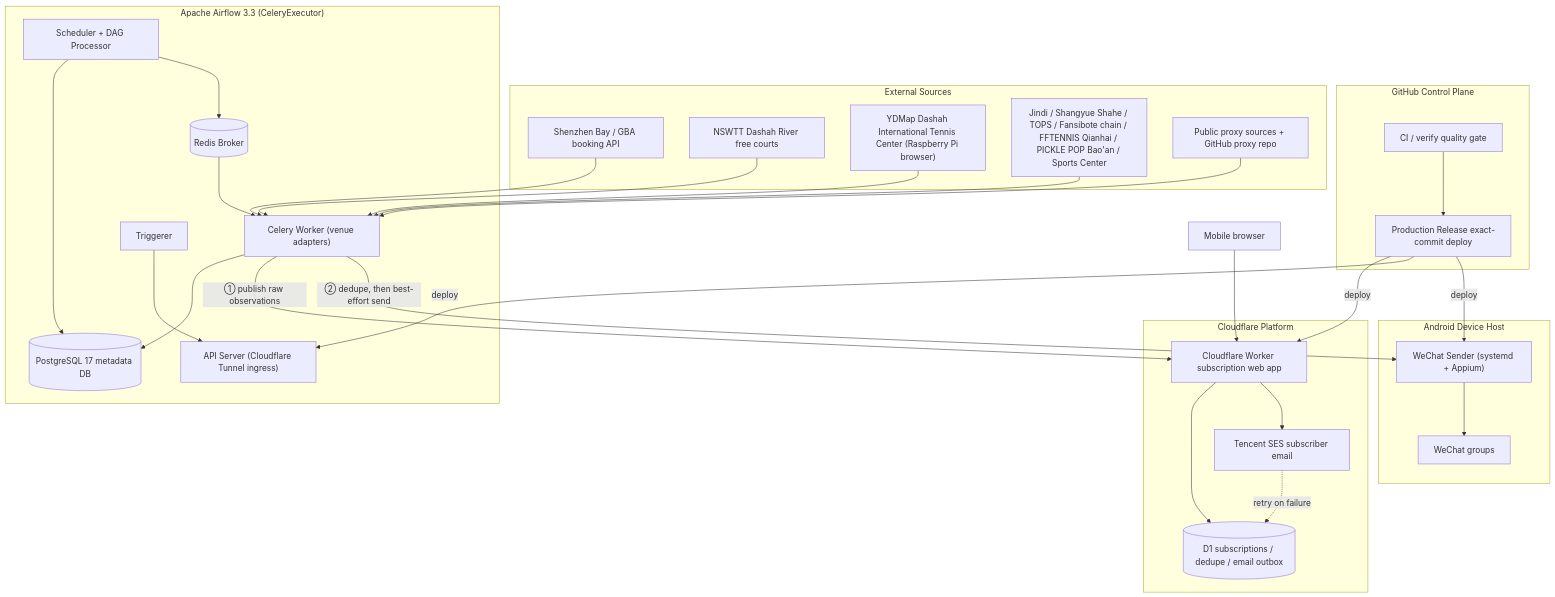
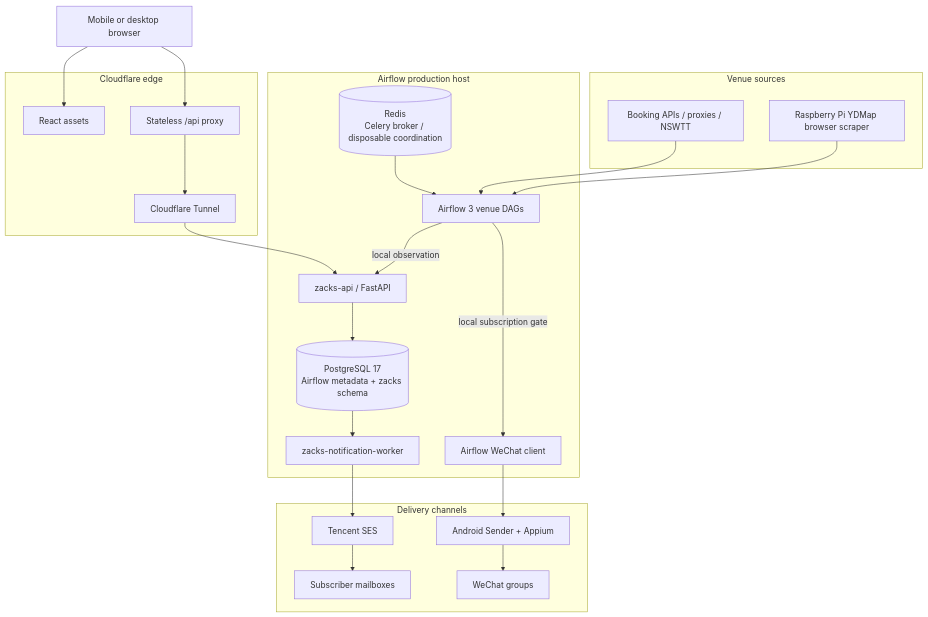
Before and after one commit to claude89757/wechat-on-airflow: the diagram in README.en.md, drawn with Mermaid. The commit also changed other lines of this file, not shown here.

Commit message:
docs(host-core): update the English architecture overview

````diff
--- a/README.en.md
+++ b/README.en.md
@@ -24,60 +26,41 @@
 ```mermaid
 flowchart TB
-    subgraph control["GitHub Control Plane"]
-        CI["CI / verify quality gate"]
-        Release["Production Release exact-commit deploy"]
-        CI --> Release
+    subgraph Sources["Venue sources"]
+        VenueAPI["Booking APIs / proxies / NSWTT"]
+        Pi["Raspberry Pi YDMap browser scraper"]
     end
 
-    subgraph sources["External Sources"]
-        SZ["Shenzhen Bay / GBA booking API"]
-        NSWTT["NSWTT Dashah River free courts"]
-        YDMAP["YDMap Dashah International Tennis Center (Raspberry Pi browser)"]
-        VENUES["Jindi / Shangyue Shahe / TOPS / Fansibote chain / FFTENNIS Qianhai / PICKLE POP Bao'an / Sports Center"]
-        PROXY["Public proxy sources + GitHub proxy repo"]
+    subgraph Host["Airflow production host"]
+        Airflow["Airflow 3 venue DAGs"]
+        API["zacks-api / FastAPI"]
+        Worker["zacks-notification-worker"]
+        PG[("PostgreSQL 17\nAirflow metadata + zacks schema")]
+        Redis[("Redis\nCelery broker / disposable coordination")]
+        WeChatClient["Airflow WeChat client"]
     end
 
-    subgraph airflow["Apache Airflow 3.3 (CeleryExecutor)"]
-        Scheduler["Scheduler + DAG Processor"]
-        Worker["Celery Worker (venue adapters)"]
-        Triggerer["Triggerer"]
-        DB[("PostgreSQL 17 metadata DB")]
-        Redis[("Redis Broker")]
-        ApiSrv["API Server (Cloudflare Tunnel ingress)"]
-        Scheduler --> DB
-        Scheduler --> Redis
-        Redis --> Worker
-        Worker --> DB
-        Triggerer --> ApiSrv
+    subgraph Edge["Cloudflare edge"]
+        Static["React assets"]
+        Proxy["Stateless /api proxy"]
+        Tunnel["Cloudflare Tunnel"]
     end
 
-    subgraph cf["Cloudflare Platform"]
-        WebApp["Cloudflare Worker subscription web app"]
-        D1[("D1 subscriptions / dedupe / email outbox")]
-        SES["Tencent SES subscriber email"]
-        WebApp --> D1
-        WebApp --> SES
-        SES -. retry on failure .-> D1
+    subgraph Delivery["Delivery channels"]
+        SES["Tencent SES"]
+        Android["Android Sender + Appium"]
+        Mail["Subscriber mailboxes"]
+        Group["WeChat groups"]
     end
 
-    subgraph android["Android Device Host"]
-        Sender["WeChat Sender (systemd + Appium)"]
-        Chat["WeChat groups"]
-        Sender --> Chat
-    end
+    VenueAPI --> Airflow
+    Pi --> Airflow
+    Redis --> Airflow
+    Airflow -->|"local observation"| API
+    API --> PG
+    PG --> Worker
+    Worker --> SES --> Mail
+    Airflow -->|"local subscription gate"| WeChatClient --> Android --> Group
 
-    Browser["Mobile browser"] --> WebApp
-
-    SZ --> Worker
-    NSWTT --> Worker
-    YDMAP --> Worker
-    VENUES --> Worker
-    PROXY --> Worker
-
-    Worker -->|"① publish raw observations"| WebApp
-    Worker -->|"② dedupe, then best-effort send"| Sender
-
-    Release -->|"deploy"| WebApp
-    Release -->|"deploy"| ApiSrv
-    Release -->|"deploy"| Sender
+    Browser["Mobile or desktop browser"] --> Static
+    Browser --> Proxy --> Tunnel --> API
 ```
````
